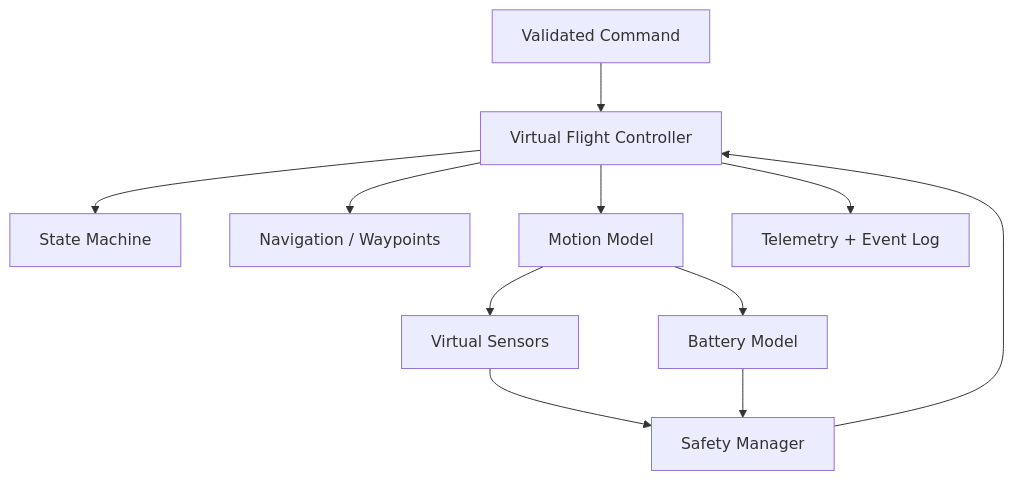
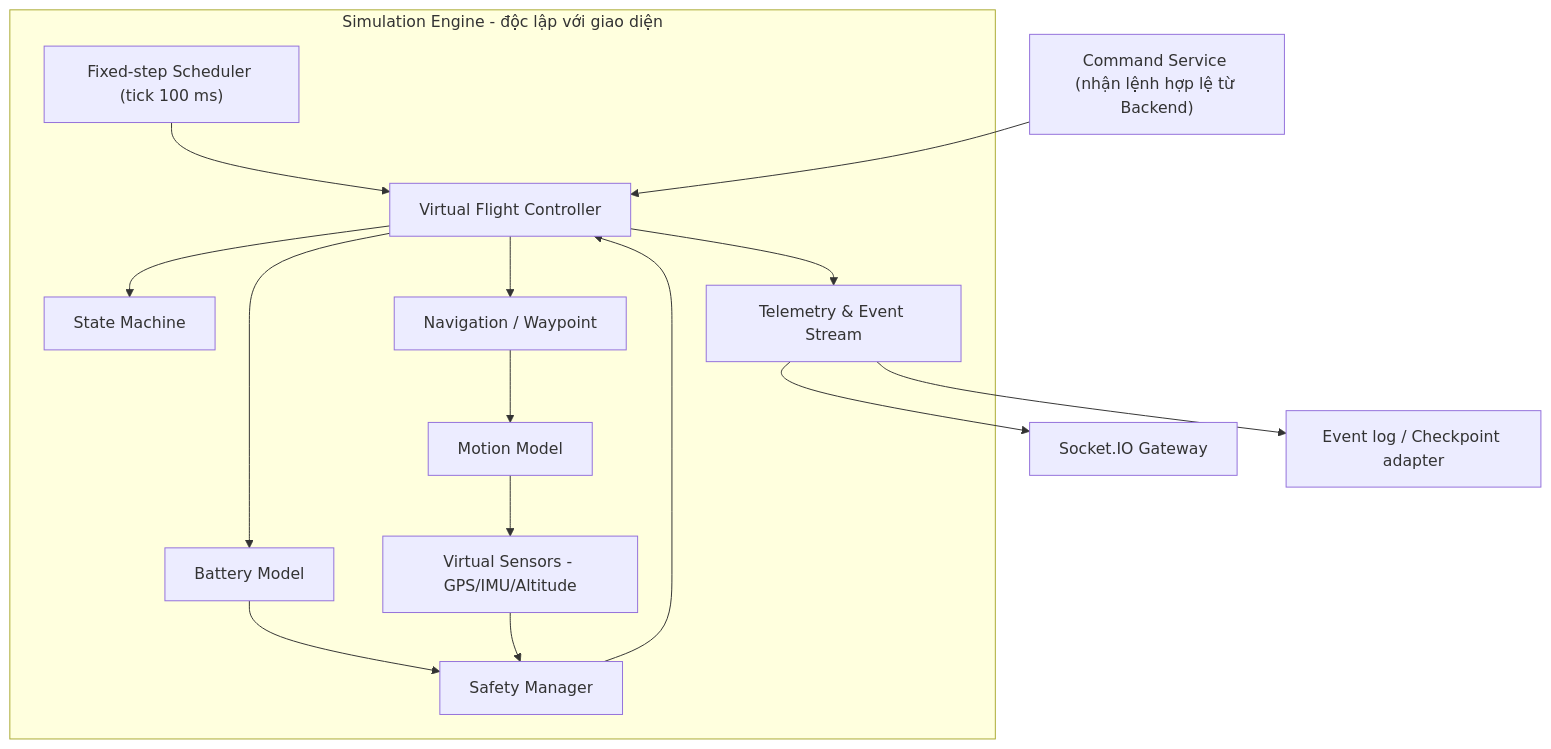
Before and after one commit to vinhle-tech/uav-delivery-simulation: the diagram in docs/06-diagrams/09-simulator-components.mmd, drawn with Mermaid. The commit also changed 56 other files, not shown here.

```diff
--- a/docs/06-diagrams/09-simulator-components.mmd
+++ b/docs/06-diagrams/09-simulator-components.mmd
@@ -1,11 +1,26 @@
 flowchart TB
-  Command["Validated Command"] --> FC["Virtual Flight Controller"]
-  FC --> FSM["State Machine"]
-  FC --> Nav["Navigation / Waypoints"]
-  FC --> Motion["Motion Model"]
-  Motion --> Sensor["Virtual Sensors"]
-  Motion --> Battery["Battery Model"]
-  Sensor --> Safety["Safety Manager"]
-  Battery --> Safety
-  Safety --> FC
-  FC --> Events["Telemetry + Event Log"]
+    COMMAND["Command Service (nhận lệnh hợp lệ từ Backend)"]
+    subgraph SIM["Simulation Engine - độc lập với giao diện"]
+        SCH["Fixed-step Scheduler (tick 100 ms)"]
+        CTRL["Virtual Flight Controller"]
+        FSM["State Machine"]
+        NAV["Navigation / Waypoint"]
+        MOT["Motion Model"]
+        BAT["Battery Model"]
+        SENSOR["Virtual Sensors - GPS/IMU/Altitude"]
+        SAFE["Safety Manager"]
+        OUT["Telemetry & Event Stream"]
+        SCH --> CTRL
+        CTRL --> FSM
+        CTRL --> NAV
+        NAV --> MOT
+        CTRL --> BAT
+        MOT --> SENSOR
+        BAT --> SAFE
+        SENSOR --> SAFE
+        SAFE --> CTRL
+        CTRL --> OUT
+    end
+    COMMAND --> CTRL
+    OUT --> RT["Socket.IO Gateway"]
+    OUT --> STORE["Event log / Checkpoint adapter"]
```
